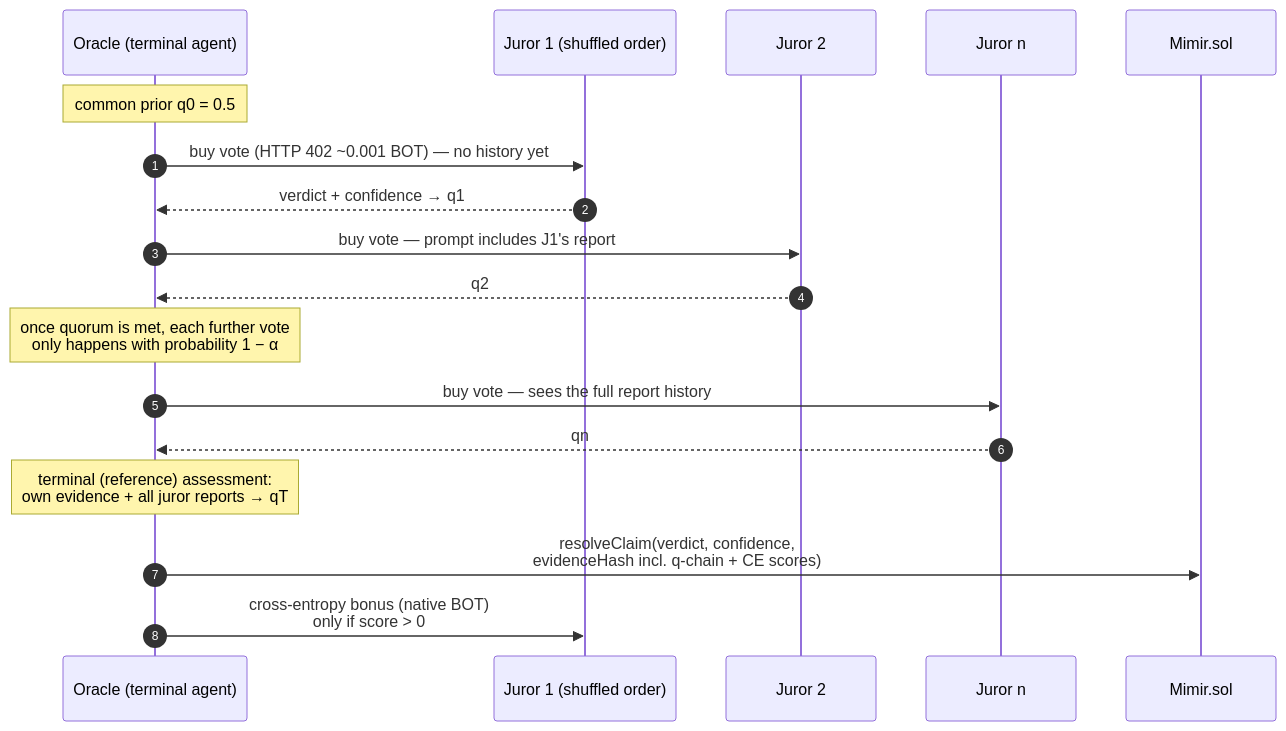
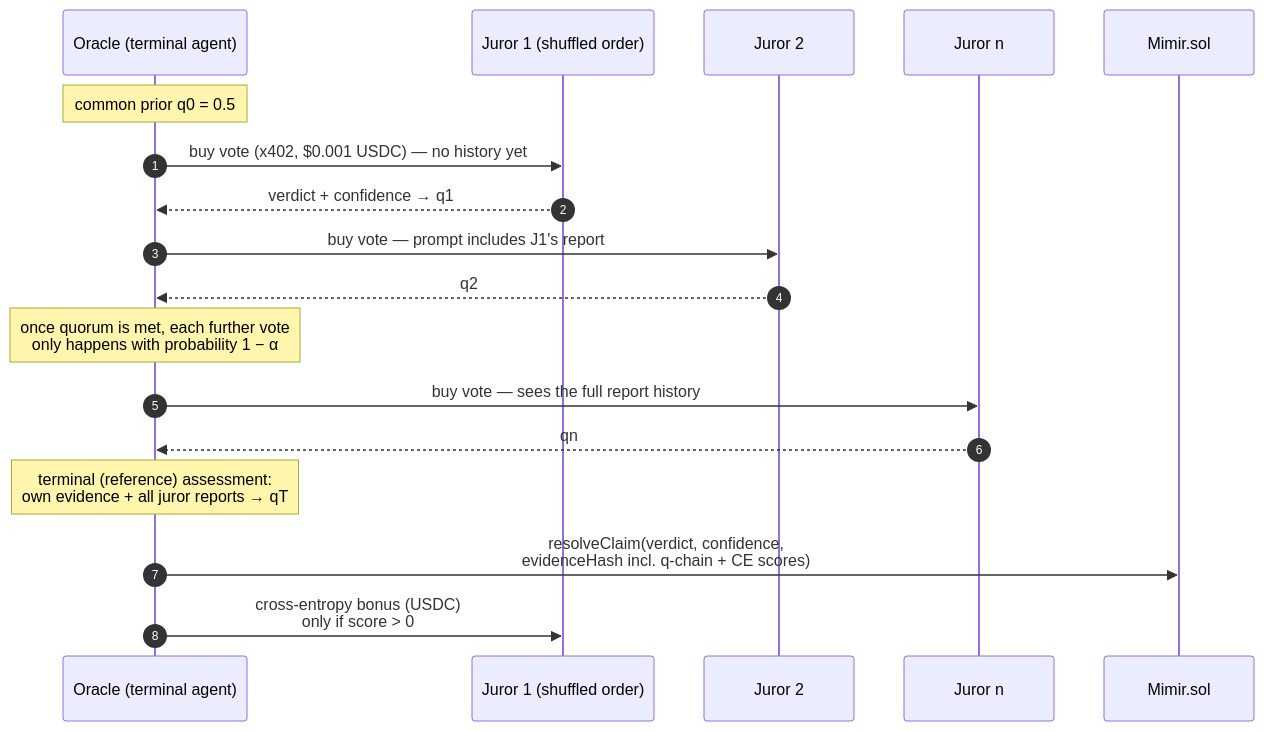
One commit to enliven17/mimir-base changed the fifth of 11 diagrams in README.md. Above: the diagram before and after it, drawn with Mermaid. The commit also changed other lines of this file and 3 other files, not shown here.

````diff
--- a/README.md
+++ b/README.md
@@ -222,21 +239,21 @@
 ```mermaid
 sequenceDiagram
     autonumber
     participant Oracle as Oracle (terminal agent)
     participant J1 as Juror 1 (shuffled order)
     participant J2 as Juror 2
     participant Jn as Juror n
     participant Contract as Mimir.sol
 
     Note over Oracle: common prior q0 = 0.5
-    Oracle->>J1: buy vote (HTTP 402 ~0.001 BOT) — no history yet
+    Oracle->>J1: buy vote (x402, $0.001 USDC) — no history yet
     J1-->>Oracle: verdict + confidence → q1
     Oracle->>J2: buy vote — prompt includes J1's report
     J2-->>Oracle: q2
     Note over Oracle: once quorum is met, each further vote<br/>only happens with probability 1 − α
     Oracle->>Jn: buy vote — sees the full report history
     Jn-->>Oracle: qn
     Note over Oracle: terminal (reference) assessment:<br/>own evidence + all juror reports → qT
     Oracle->>Contract: resolveClaim(verdict, confidence,<br/>evidenceHash incl. q-chain + CE scores)
-    Oracle->>J1: cross-entropy bonus (native BOT)<br/>only if score > 0
+    Oracle->>J1: cross-entropy bonus (USDC)<br/>only if score > 0
 ```
````
